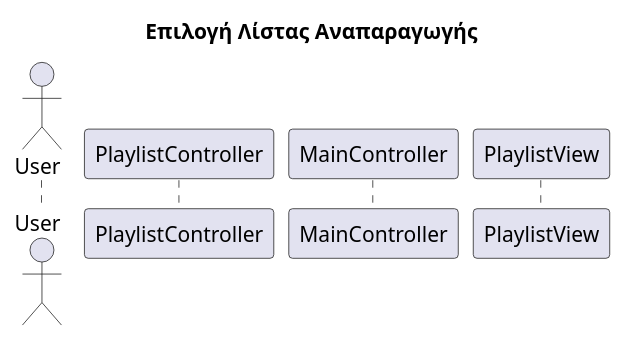
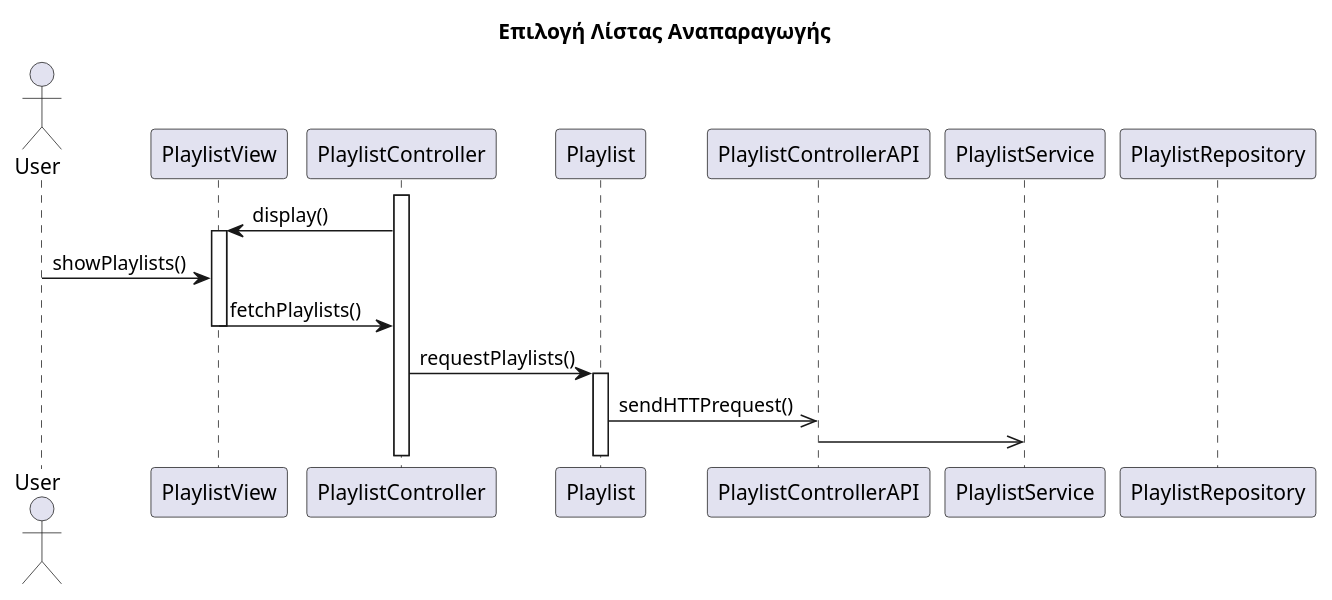
The diagram in Paradoteo_2/SequenceDiagram1.puml (RubenKingCP/Tunix), drawn with PlantUML before and after one commit. The commit also changed 1 other file, not shown here.

Commit message:
More updates to Domain Model and progress with the first Sequence Diagram

```diff
--- a/Paradoteo_2/SequenceDiagram1.puml
+++ b/Paradoteo_2/SequenceDiagram1.puml
@@ -1,11 +1,25 @@
 @startuml name
 
 title  Επιλογή Λίστας Αναπαραγωγής
 
 actor User
+
+participant PlaylistView
 participant PlaylistController
-participant MainController
-participant PlaylistView
+participant Playlist
+participant PlaylistControllerAPI
+participant PlaylistService
+participant PlaylistRepository
 
+activate PlaylistController
+PlaylistController -> PlaylistView : display()
+activate PlaylistView
+User -> PlaylistView : showPlaylists()
+PlaylistView -> PlaylistController : fetchPlaylists()
+deactivate PlaylistView
+PlaylistController -> Playlist : requestPlaylists()
+activate Playlist
+Playlist ->> PlaylistControllerAPI : sendHTTPrequest()
+PlaylistControllerAPI ->> PlaylistService : 
 
 @enduml
```
